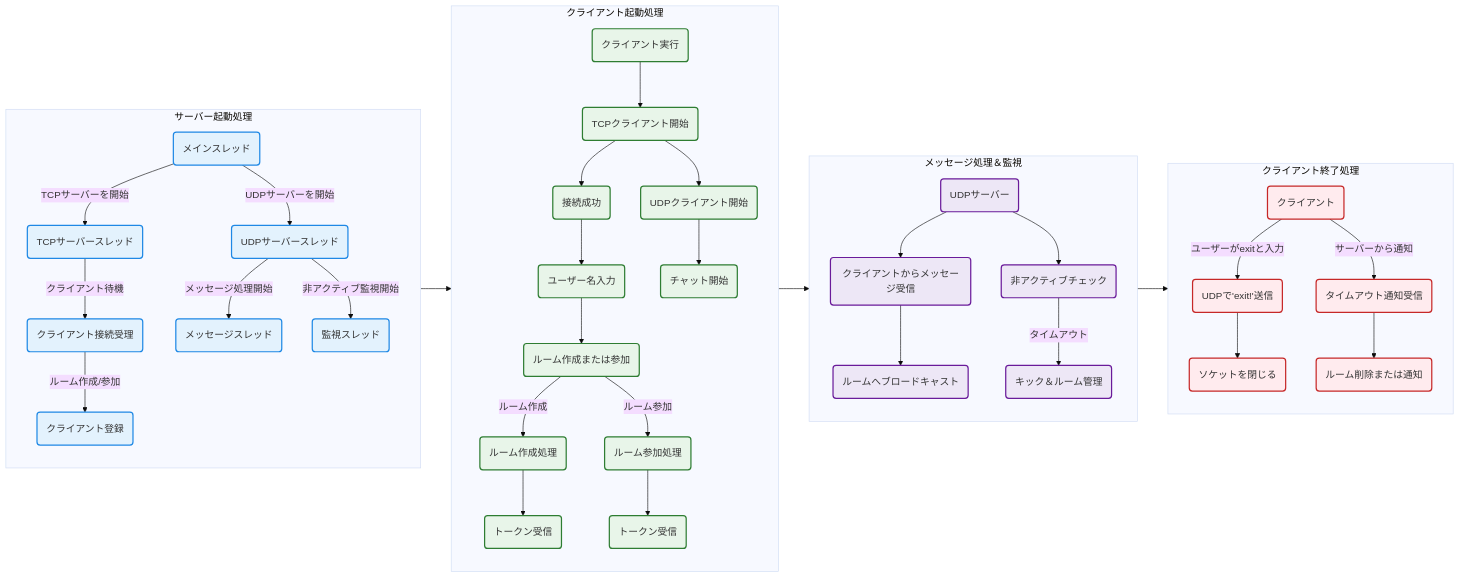
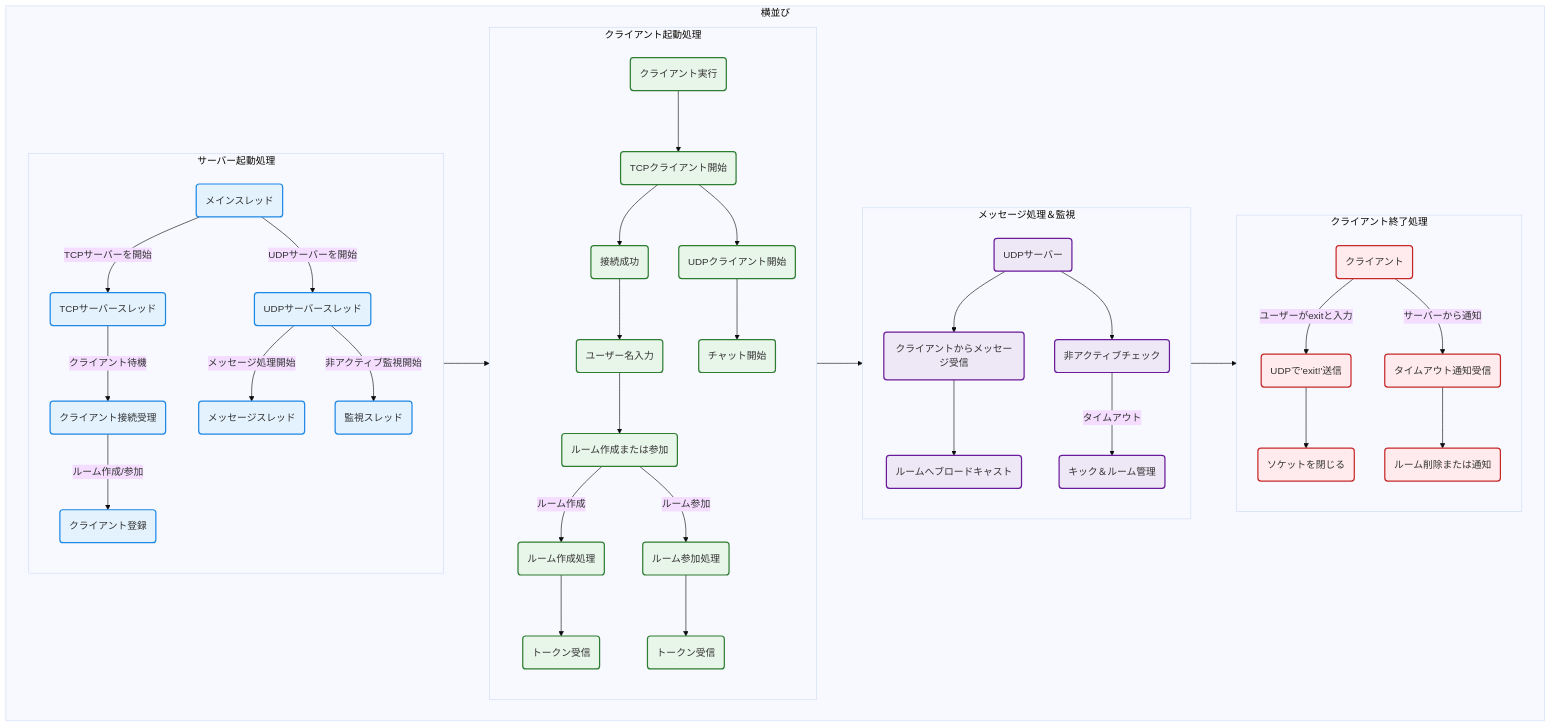
The first of 3 diagrams in README.md (BackendExplorer/Online-Chat-Service), drawn with Mermaid (base theme) before and after one commit. The commit also changed other lines of this file, not shown here.

````diff
--- a/README.md
+++ b/README.md
@@ -94,92 +62,93 @@
 ```mermaid
-graph LR
+graph TD
+  %% 全体を横並びに配置するためのサブグラフ
+  subgraph 横並び
+    direction LR
 
-%% スタイル定義
-classDef server fill:#e3f2fd,stroke:#1e88e5,stroke-width:2px
-classDef client fill:#e8f5e9,stroke:#2e7d32,stroke-width:2px
-classDef messaging fill:#ede7f6,stroke:#6a1b9a,stroke-width:2px
-classDef warning fill:#ffebee,stroke:#c62828,stroke-width:2px
+    %% サーバー起動処理（左側）
+    subgraph サーバー起動[サーバー起動処理]
+      direction TB
+      A1(メインスレッド)
+      A2(TCPサーバースレッド)
+      A3(UDPサーバースレッド)
+      A4(クライアント接続受理)
+      A5(クライアント登録)
+      A6(メッセージスレッド)
+      A7(監視スレッド)
+      
+      A1 -->|TCPサーバーを開始| A2
+      A1 -->|UDPサーバーを開始| A3
+      A2 -->|クライアント待機| A4
+      A4 -->|ルーム作成/参加| A5
+      A3 -->|メッセージ処理開始| A6
+      A3 -->|非アクティブ監視開始| A7
+    end
 
-%% サーバー起動
-subgraph サーバー起動[サーバー起動処理]
-direction TB
-A1(メインスレッド)
-A2(TCPサーバースレッド)
-A3(UDPサーバースレッド)
-A4(クライアント接続受理)
-A5(クライアント登録)
-A6(メッセージスレッド)
-A7(監視スレッド)
+    %% クライアント起動処理
+    subgraph クライアント起動[クライアント起動処理]
+      direction TB
+      B1(クライアント実行)
+      B2(TCPクライアント開始)
+      B3(接続成功)
+      B4(ユーザー名入力)
+      B5(ルーム作成または参加)
+      B6(ルーム作成処理)
+      B7(トークン受信)
+      B8(ルーム参加処理)
+      B9(トークン受信)
+      B10(UDPクライアント開始)
+      B11(チャット開始)
+      
+      B1 --> B2
+      B2 --> B3
+      B3 --> B4
+      B4 --> B5
+      B5 -->|ルーム作成| B6 --> B7
+      B5 -->|ルーム参加| B8 --> B9
+      B2 --> B10
+      B10 --> B11
+    end
 
-A1 -->|TCPサーバーを開始| A2
-A1 -->|UDPサーバーを開始| A3
-A2 -->|クライアント待機| A4
-A4 -->|ルーム作成/参加| A5
-A3 -->|メッセージ処理開始| A6
-A3 -->|非アクティブ監視開始| A7
+    %% サーバーメッセージ処理＆監視
+    subgraph サーバーメッセージ処理[メッセージ処理＆監視]
+      direction TB
+      C1(UDPサーバー)
+      C2(クライアントからメッセージ受信)
+      C3(ルームへブロードキャスト)
+      C4(非アクティブチェック)
+      C5(キック＆ルーム管理)
+      
+      C1 --> C2 --> C3
+      C1 --> C4 -->|タイムアウト| C5
+    end
 
-class A1,A2,A3,A4,A5,A6,A7 server
-end
+    %% クライアント終了処理（右側）
+    subgraph クライアント終了[クライアント終了処理]
+      direction TB
+      D1(クライアント)
+      D2(UDPで'exit!'送信)
+      D3(ソケットを閉じる)
+      D4(タイムアウト通知受信)
+      D5(ルーム削除または通知)
+      
+      D1 -->|ユーザーがexitと入力| D2 --> D3
+      D1 -->|サーバーから通知| D4 --> D5
+    end
+  end
 
-%% クライアント起動
-subgraph クライアント起動[クライアント起動処理]
-direction TB
-B1(クライアント実行)
-B2(TCPクライアント開始)
-B3(接続成功)
-B4(ユーザー名入力)
-B5(ルーム作成または参加)
-B6(ルーム作成処理)
-B7(トークン受信)
-B8(ルーム参加処理)
-B9(トークン受信)
-B10(UDPクライアント開始)
-B11(チャット開始)
+  %% 各サブグラフ内の主要ノード同士を連携
+  A1 --> B1
+  B1 --> C1
+  C1 --> D1
 
-B1 --> B2
-B2 --> B3
-B3 --> B4
-B4 --> B5
-B5 -->|ルーム作成| B6 --> B7
-B5 -->|ルーム参加| B8 --> B9
-B2 --> B10
-B10 --> B11
+  %% スタイル定義
+  classDef server fill:#e3f2fd,stroke:#1e88e5,stroke-width:2px
+  classDef client fill:#e8f5e9,stroke:#2e7d32,stroke-width:2px
+  classDef messaging fill:#ede7f6,stroke:#6a1b9a,stroke-width:2px
+  classDef warning fill:#ffebee,stroke:#c62828,stroke-width:2px
 
-class B1,B2,B3,B4,B5,B6,B7,B8,B9,B10,B11 client
-end
-
-%% サーバーメッセージ処理
-subgraph サーバーメッセージ処理[メッセージ処理＆監視]
-direction TB
-C1(UDPサーバー)
-C2(クライアントからメッセージ受信)
-C3(ルームへブロードキャスト)
-C4(非アクティブチェック)
-C5(キック＆ルーム管理)
-
-C1 --> C2 --> C3
-C1 --> C4 -->|タイムアウト| C5
-
-class C1,C2,C3,C4,C5 messaging
-end
-
-%% クライアント終了
-subgraph クライアント終了[クライアント終了処理]
-direction TB
-D1(クライアント)
-D2(UDPで'exit!'送信)
-D3(ソケットを閉じる)
-D4(タイムアウト通知受信)
-D5(ルーム削除または通知)
-
-D1 -->|ユーザーがexitと入力| D2 --> D3
-D1 -->|サーバーから通知| D4 --> D5
-
-class D1,D2,D3,D4,D5 warning
-end
-
-%% 全体の連携（処理の流れ）
-A1 --> B1
-B1 --> C1
-C1 --> D1
+  class A1,A2,A3,A4,A5,A6,A7 server
+  class B1,B2,B3,B4,B5,B6,B7,B8,B9,B10,B11 client
+  class C1,C2,C3,C4,C5 messaging
+  class D1,D2,D3,D4,D5 warning
 ```
````
